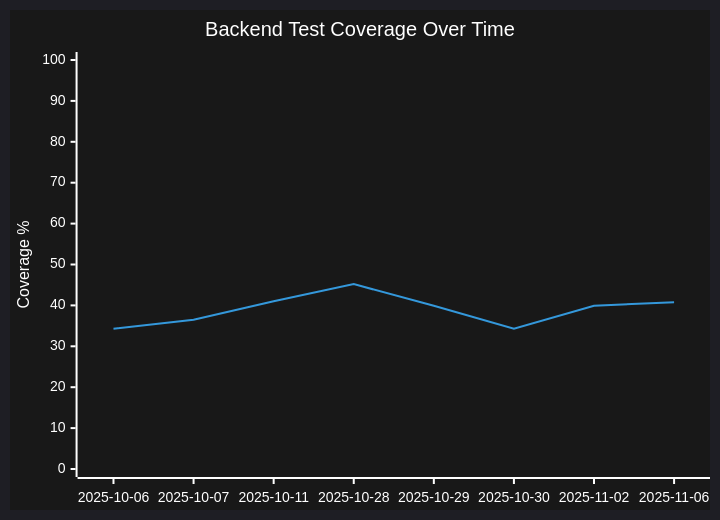
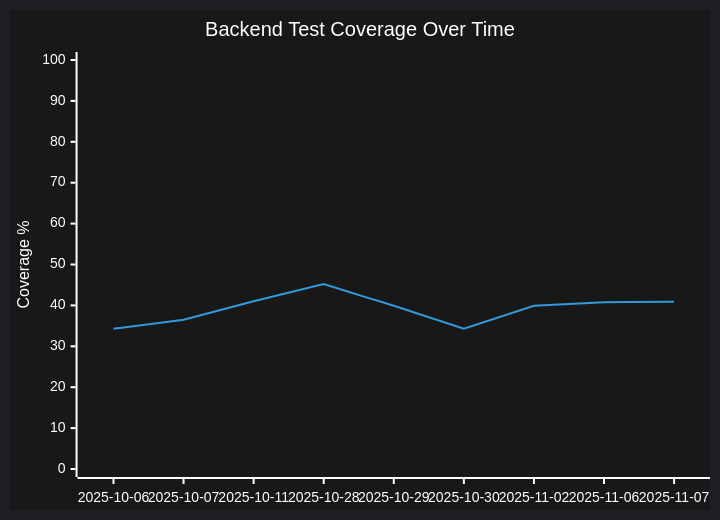
Before and after one commit to dianlight/srat: the first of 3 diagrams in docs/TEST_COVERAGE.md, drawn with Mermaid. The commit also changed other lines of this file and 2 other files, not shown here.

````diff
--- a/docs/TEST_COVERAGE.md
+++ b/docs/TEST_COVERAGE.md
@@ -159,8 +159,8 @@
 ```mermaid
 %%{init: {'theme':'dark', 'themeVariables': { 'primaryColor':'#222','primaryTextColor':'#fff','primaryBorderColor':'#388E3C','lineColor':'#2196F3','secondaryColor':'#FFC107','tertiaryColor':'#fff','background':'#181818'}}}%%
 xychart-beta
   title "Backend Test Coverage Over Time"
-  x-axis [2025-10-06, 2025-10-07, 2025-10-11, 2025-10-28, 2025-10-29, 2025-10-30, 2025-11-02, 2025-11-06]
+  x-axis [2025-10-06, 2025-10-07, 2025-10-11, 2025-10-28, 2025-10-29, 2025-10-30, 2025-11-02, 2025-11-06, 2025-11-07]
   y-axis "Coverage %" 0 --> 100
-  line [34.3, 36.5, 41.0, 45.2, 39.9, 34.3, 39.9, 40.8]
+  line [34.3, 36.5, 41.0, 45.2, 39.9, 34.3, 39.9, 40.8, 40.9]
 ```
````
